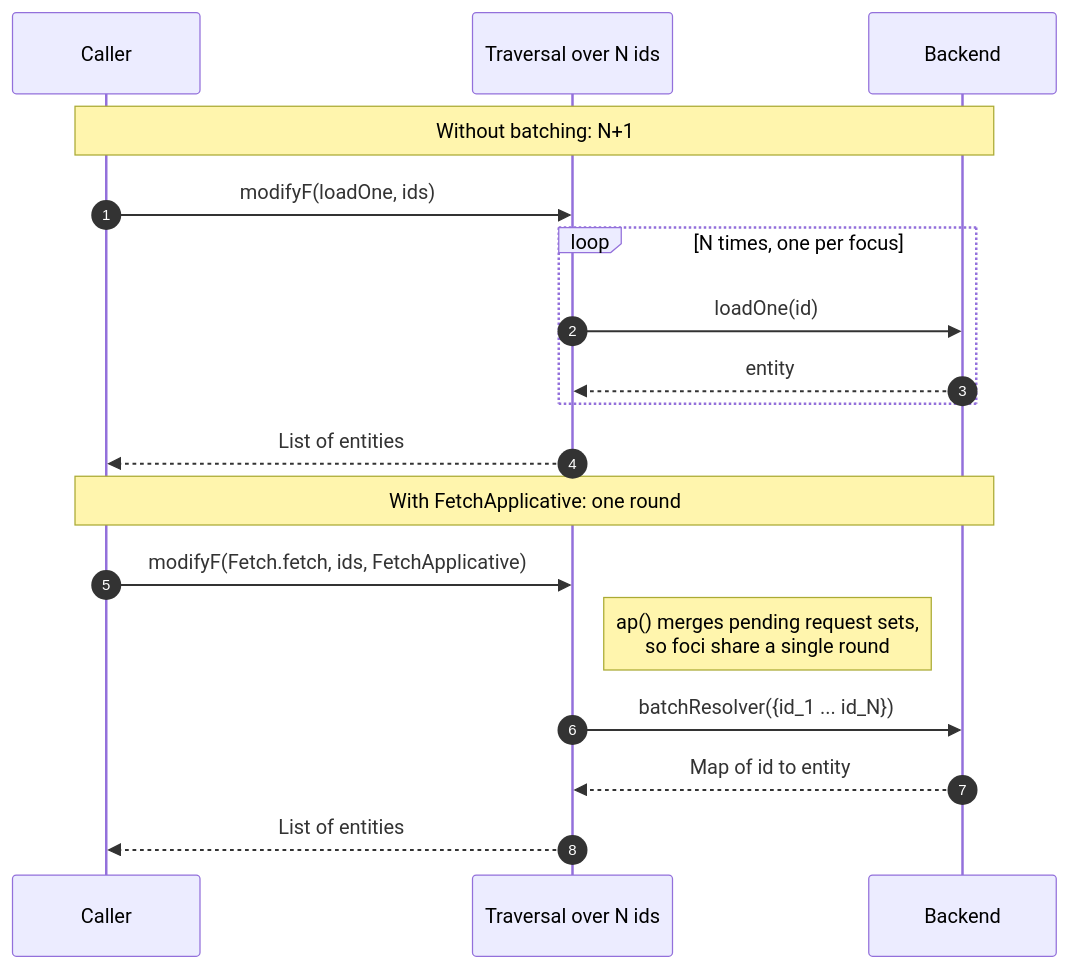
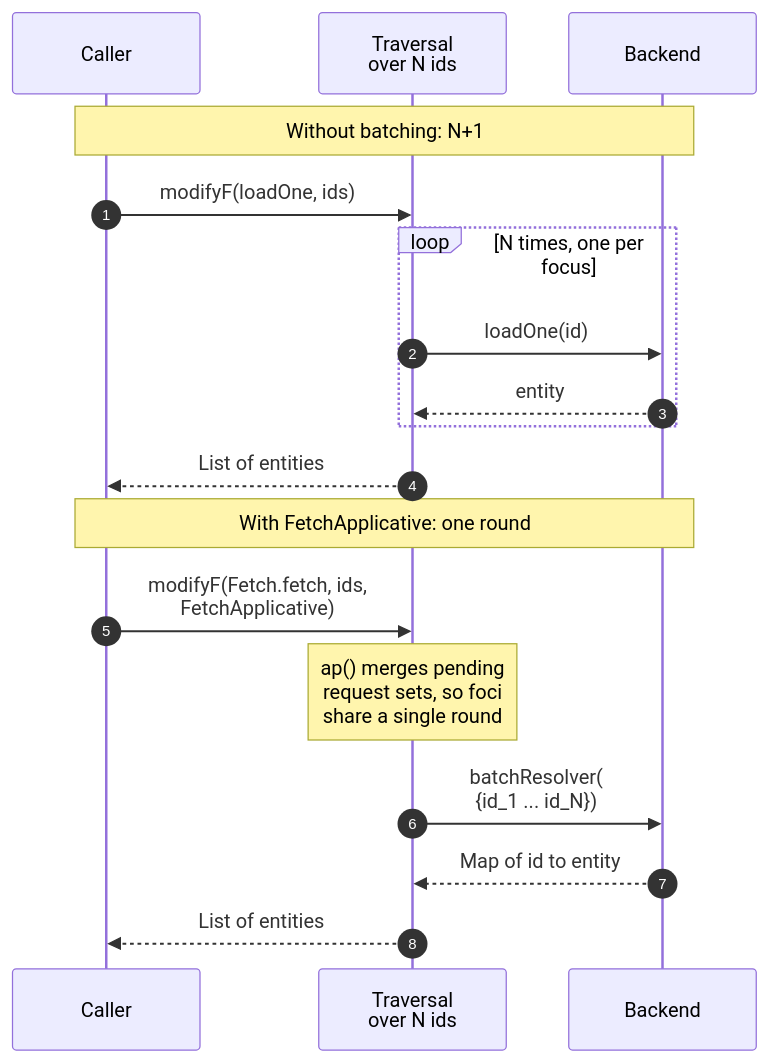
Before and after one commit to higher-kinded-j/higher-kinded-j.github.io: the first of 3 diagrams in latest/optics/optic_batching.md, drawn with Mermaid. The commit also changed other lines of this file and 55 other files, not shown here.

````diff
--- a/latest/optics/optic_batching.md
+++ b/latest/optics/optic_batching.md
@@ -26,22 +26,24 @@
 ```mermaid
 sequenceDiagram
+    accTitle: N+1 calls, then one batched round
+    accDescr: Without batching, modifyF over N ids makes the traversal call the backend once per id, N times. With FetchApplicative, ap() merges the pending request sets, so the traversal sends every id to the batch resolver in one call and gets back a map of id to entity.
     autonumber
     participant C as Caller
-    participant T as Traversal over N ids
+    participant T as Traversal<br/>over N ids
     participant B as Backend
 
     Note over C,B: Without batching: N+1
     C->>T: modifyF(loadOne, ids)
     loop N times, one per focus
         T->>B: loadOne(id)
         B-->>T: entity
     end
     T-->>C: List of entities
 
     Note over C,B: With FetchApplicative: one round
-    C->>T: modifyF(Fetch.fetch, ids, FetchApplicative)
-    Note right of T: ap() merges pending request sets,<br/>so foci share a single round
-    T->>B: batchResolver({id_1 ... id_N})
+    C->>T: modifyF(Fetch.fetch, ids,<br/>FetchApplicative)
+    Note over T: ap() merges pending<br/>request sets, so foci<br/>share a single round
+    T->>B: batchResolver(<br/>{id_1 ... id_N})
     B-->>T: Map of id to entity
     T-->>C: List of entities
 ```
````
